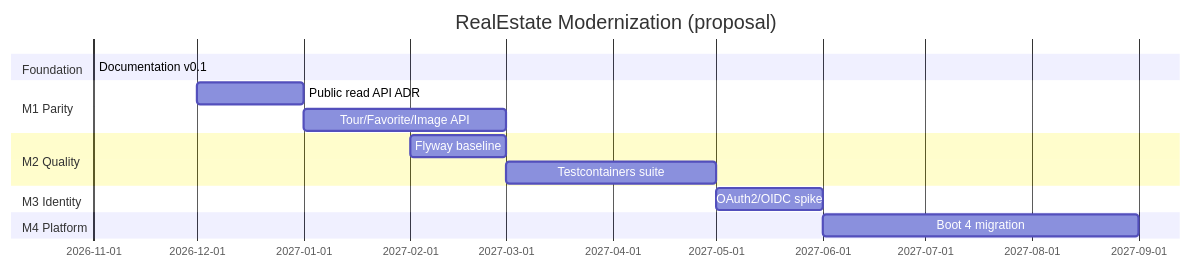
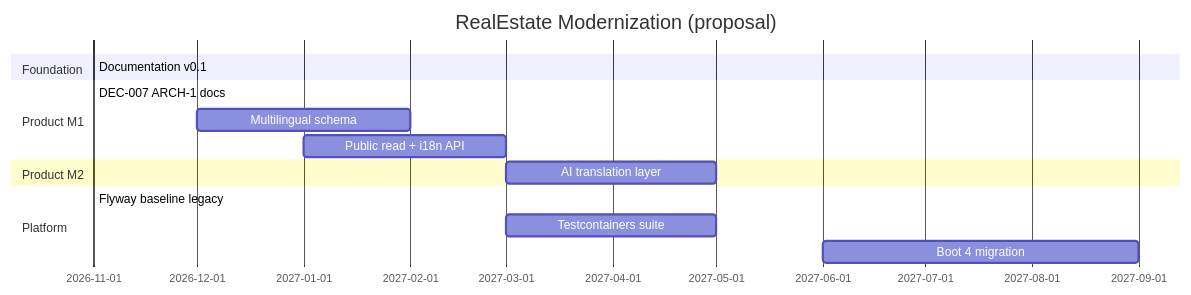
The second of 2 diagrams in docs/08-project-management/ROADMAP.md (fdeniz07/RealEstateBackend), drawn with Mermaid before and after one commit. The commit also changed other lines of this file and 10 other files, not shown here.

First line of the commit message:
docs: DEC-007, language registry architecture and M1 planning

````diff
--- a/docs/08-project-management/ROADMAP.md
+++ b/docs/08-project-management/ROADMAP.md
@@ -10,17 +56,17 @@
 ```mermaid
 gantt
   title RealEstate Modernization (proposal)
   dateFormat YYYY-MM
   section Foundation
   Documentation v0.1     :done, 2026-11, 2026-11
-  section M1 Parity
-  Public read API ADR    :2026-12, 2027-01
-  Tour/Favorite/Image API:2027-01, 2027-03
-  section M2 Quality
-  Flyway baseline        :2027-02, 2027-03
+  section Product M1
+  DEC-007 ARCH-1 docs    :done, 2026-11, 2026-11
+  Multilingual schema    :2026-12, 2027-02
+  Public read + i18n API :2027-01, 2027-03
+  section Product M2
+  AI translation layer   :2027-03, 2027-05
+  section Platform
+  Flyway baseline legacy :done, 2026-11, 2026-11
   Testcontainers suite   :2027-03, 2027-05
-  section M3 Identity
-  OAuth2/OIDC spike      :2027-05, 2027-06
-  section M4 Platform
   Boot 4 migration       :2027-06, 2027-09
 ```
````
